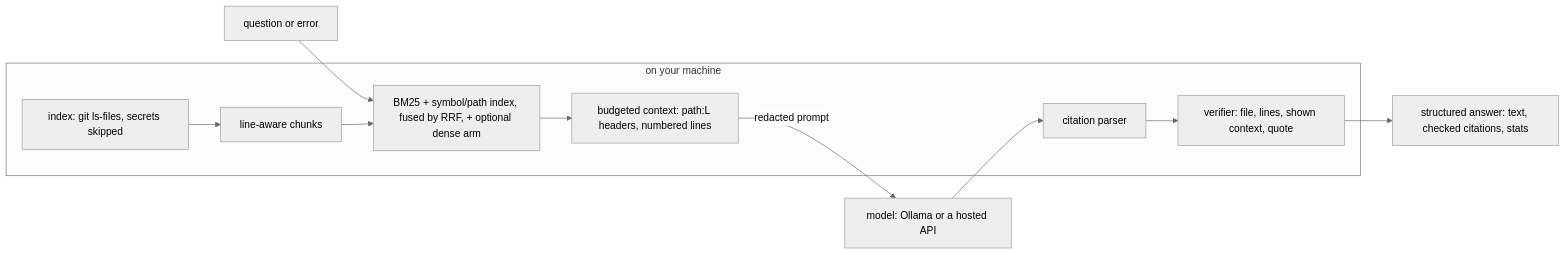
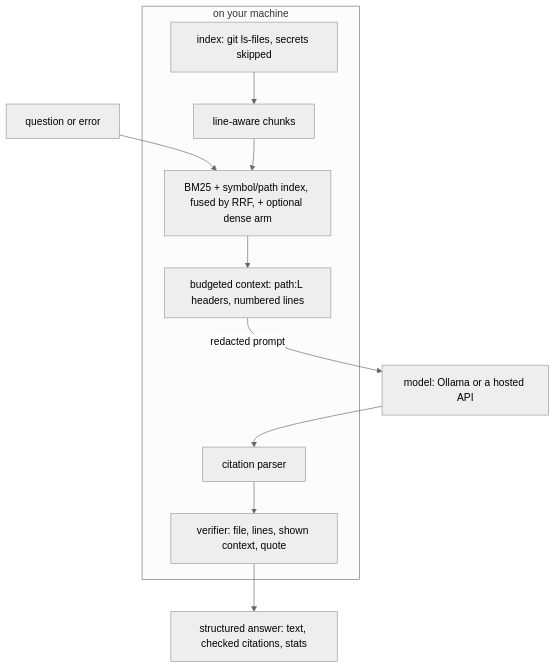
The diagram in README.md (neerajbhargav/vibetter), drawn with Mermaid (neutral theme) before and after one commit.

Commit message:
Draw the pipeline diagram top to bottom
Left to right, nine boxes shrank to unreadable text in GitHub's column width. Both Mermaid diagrams parse and render with mermaid 11.4.1.

````diff
--- a/README.md
+++ b/README.md
@@ -191,13 +191,13 @@
 ```mermaid
-flowchart LR
+flowchart TD
     Q[question or error] --> R
     subgraph local [on your machine]
         I[index: git ls-files, secrets skipped] --> C[line-aware chunks]
         C --> R[BM25 + symbol/path index, fused by RRF, + optional dense arm]
         R --> X[budgeted context: path:L headers, numbered lines]
         P[citation parser] --> V[verifier: file, lines, shown context, quote]
     end
     X -- redacted prompt --> M[model: Ollama or a hosted API]
     M --> P
     V --> O[structured answer: text, checked citations, stats]
 ```
````
